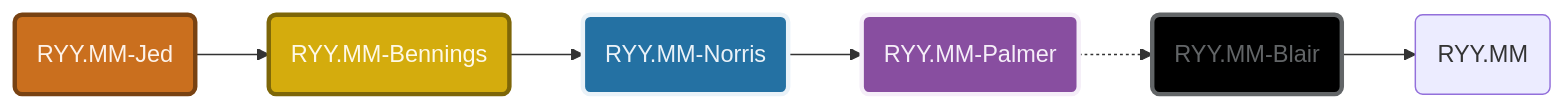
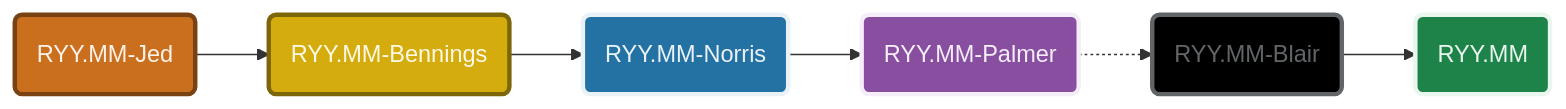
Before and after one commit to spectrum-health-systems/tingen-documentation: the first of 3 diagrams in dev/development-timeline.md, drawn with Mermaid. The commit also changed other lines of this file, not shown here.

````diff
--- a/dev/development-timeline.md
+++ b/dev/development-timeline.md
@@ -18,19 +20,19 @@
 ```mermaid
 flowchart LR
     %% Components
     Jed@{shape: rounded, label: "RYY.MM-Jed"}
     Bennings@{shape: rounded, label: "RYY.MM-Bennings"}
     Norris@{shape: rounded, label: "RYY.MM-Norris"}
     Palmer@{shape: rounded, label: "RYY.MM-Palmer"}
     Blair@{shape: rounded, label: "RYY.MM-Blair"}
     Release@{shape: rounded, label: "RYY.MM"}
     %% Layout
-    Jed:::E8_ --> Bennings:::Y8_ --> Norris:::U3_ --> Palmer:::P3_ -.-> Blair:::B8_ --> Release:::G3
+    Jed:::E8_ --> Bennings:::Y8_ --> Norris:::U3_ --> Palmer:::P3_ -.-> Blair:::B8_ --> Release:::G3_
     %% Styles
     classDef E8_ stroke:#784212,stroke-width:3px,fill:#ca6f1e,color:#fdf2e9
     classDef Y8_ stroke:#7d6608,stroke-width:3px,fill:#d4ac0d,color:#fef9e7
     classDef U3_ stroke:#eaf2f8,stroke-width:3px,fill:#2471a3,color:#eaf2f8
     classDef P3_ stroke:#f5eef8,stroke-width:3px,fill:#884ea0,color:#f5eef8
     classDef G3_ stroke:#e9f7ef,stroke-width:3px,fill:#1d8348,color:#e9f7ef
     classDef B8_ stroke:#626567,stroke-width:3px,fill:#000000,color:#626567 
 ```
````
